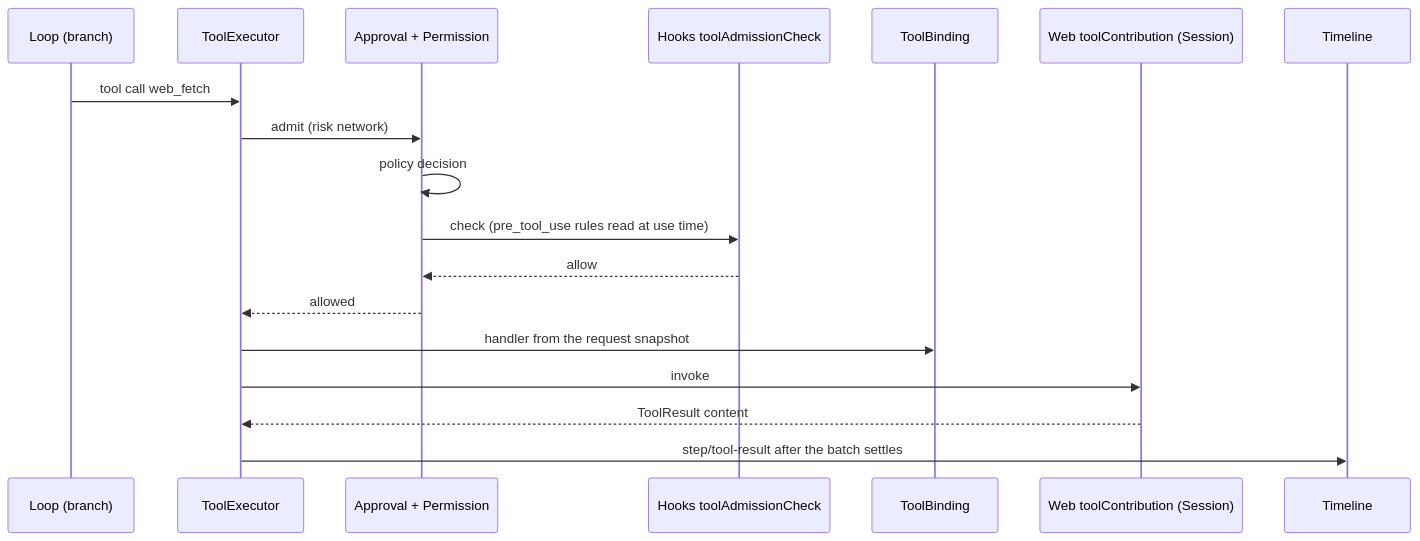
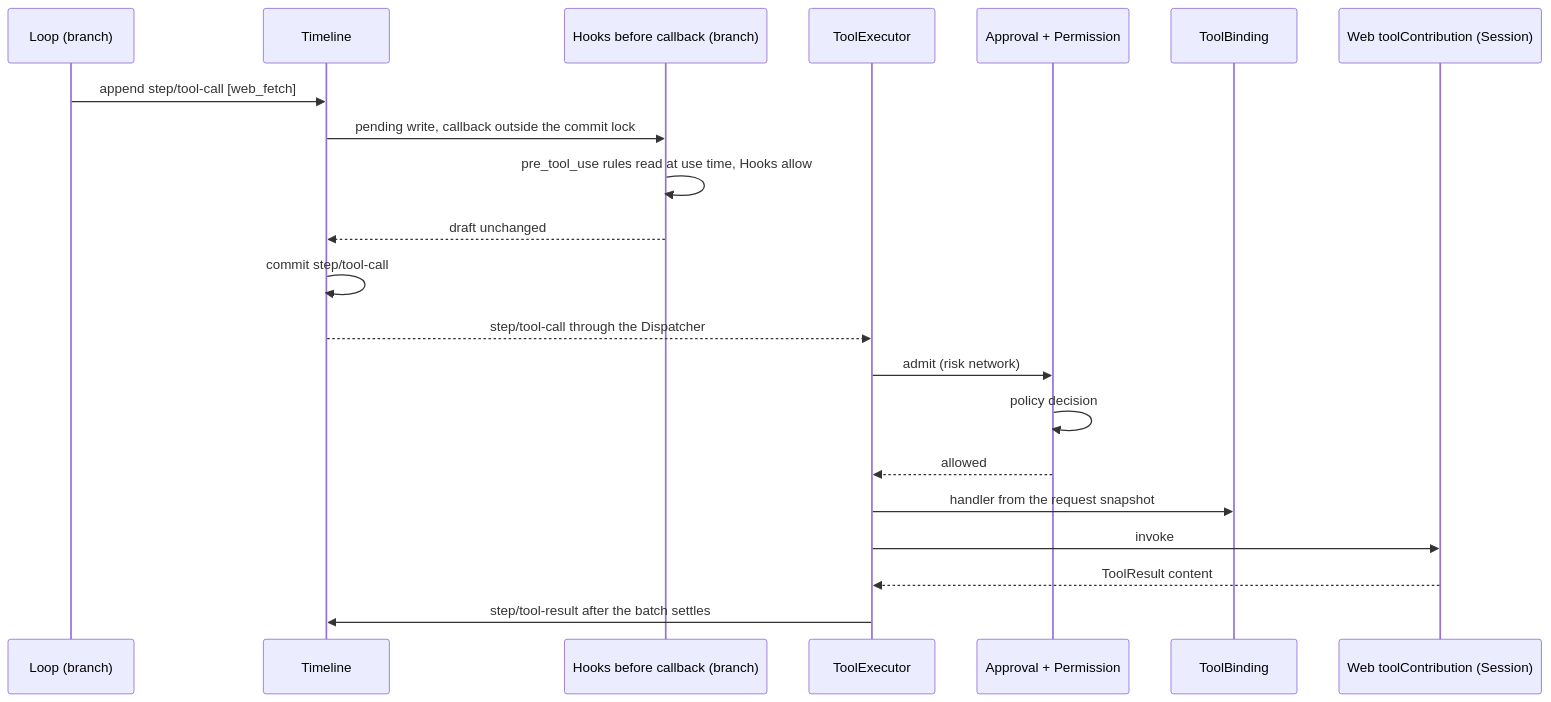
Before and after one commit to CoutinhoTTS/dim-agent: the third of 8 diagrams in docs/design/overview.md, drawn with Mermaid. The commit also changed other lines of this file and 18 other files, not shown here.

First line of the commit message:
docs(design): hooks via asynchronous before callbacks and withdraw/delete input events

````diff
--- a/docs/design/overview.md
+++ b/docs/design/overview.md
@@ -187,20 +182,23 @@
 ```mermaid
 sequenceDiagram
   participant LP as Loop (branch)
+  participant TL as Timeline
+  participant HK as Hooks before callback (branch)
   participant TE as ToolExecutor
   participant AP as Approval + Permission
-  participant HK as Hooks toolAdmissionCheck
   participant TB as ToolBinding
   participant W as Web toolContribution (Session)
-  participant TL as Timeline
-  LP->>TE: tool call web_fetch
+  LP->>TL: append step/tool-call [web_fetch]
+  TL->>HK: pending write, callback outside the commit lock
+  HK->>HK: pre_tool_use rules read at use time, Hooks allow
+  HK-->>TL: draft unchanged
+  TL->>TL: commit step/tool-call
+  TL-->>TE: step/tool-call through the Dispatcher
   TE->>AP: admit (risk network)
   AP->>AP: policy decision
-  AP->>HK: check (pre_tool_use rules read at use time)
-  HK-->>AP: allow
   AP-->>TE: allowed
   TE->>TB: handler from the request snapshot
   TE->>W: invoke
   W-->>TE: ToolResult content
   TE->>TL: step/tool-result after the batch settles
 ```
````
